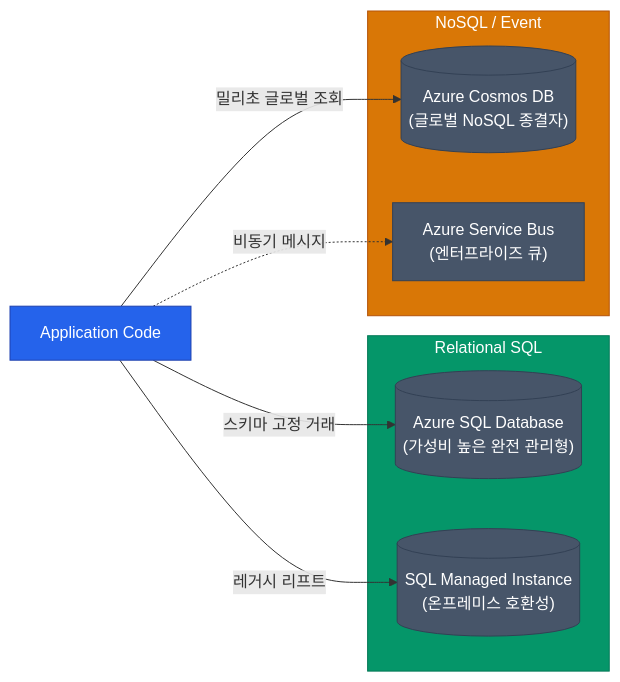
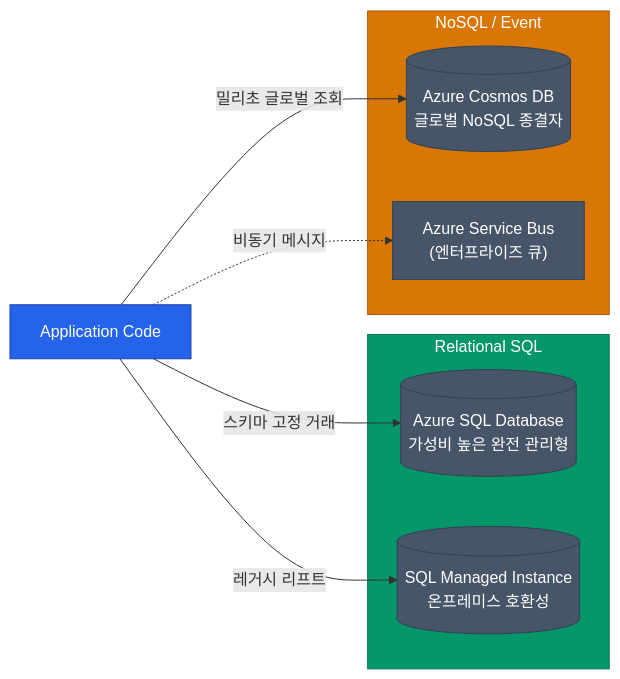
Before and after one commit to No1Joon/No1Joon.github.io: the diagram in _posts/cloud-infrastructure/2026-04-20-azure-03-services.md, drawn with Mermaid. The commit also changed other lines of this file and 36 other files, not shown here.

````diff
--- a/_posts/cloud-infrastructure/2026-04-20-azure-03-services.md
+++ b/_posts/cloud-infrastructure/2026-04-20-azure-03-services.md
@@ -31,29 +31,32 @@
 ```mermaid
 flowchart LR
     APP["Application Code"]
     
     subgraph sql [Relational SQL]
-        AZ_SQL[("Azure SQL Database<br/>(가성비 높은 완전 관리형)")]
-        SQL_MI[("SQL Managed Instance<br/>(온프레미스 호환성)")]
+        AZ_SQL[(Azure SQL Database<br/>가성비 높은 완전 관리형)]
+        SQL_MI[(SQL Managed Instance<br/>온프레미스 호환성)]
     end
     
     subgraph nosql [NoSQL / Event]
-        COSMOS[("Azure Cosmos DB<br/>(글로벌 NoSQL 종결자)")]
+        COSMOS[(Azure Cosmos DB<br/>글로벌 NoSQL 종결자)]
         SB["Azure Service Bus<br/>(엔터프라이즈 큐)"]
     end
     
     APP -->|"스키마 고정 거래"| AZ_SQL
     APP -->|"레거시 리프트"| SQL_MI
     APP -->|"밀리초 글로벌 조회"| COSMOS
     APP -.->|"비동기 메시지"| SB
 
     classDef primary fill:#2563eb,stroke:#1e40af,color:#ffffff
     classDef success fill:#059669,stroke:#047857,color:#ffffff
     classDef warn fill:#d97706,stroke:#b45309,color:#ffffff
+    classDef danger fill:#dc2626,stroke:#991b1b,color:#ffffff
+    classDef info fill:#0891b2,stroke:#0e7490,color:#ffffff
     classDef neutral fill:#475569,stroke:#334155,color:#ffffff
+    classDef muted fill:#e2e8f0,stroke:#94a3b8,color:#0f172a
 
     class APP primary
     class sql success
     class nosql warn
     class AZ_SQL,SQL_MI,COSMOS,SB neutral
 ```
````
